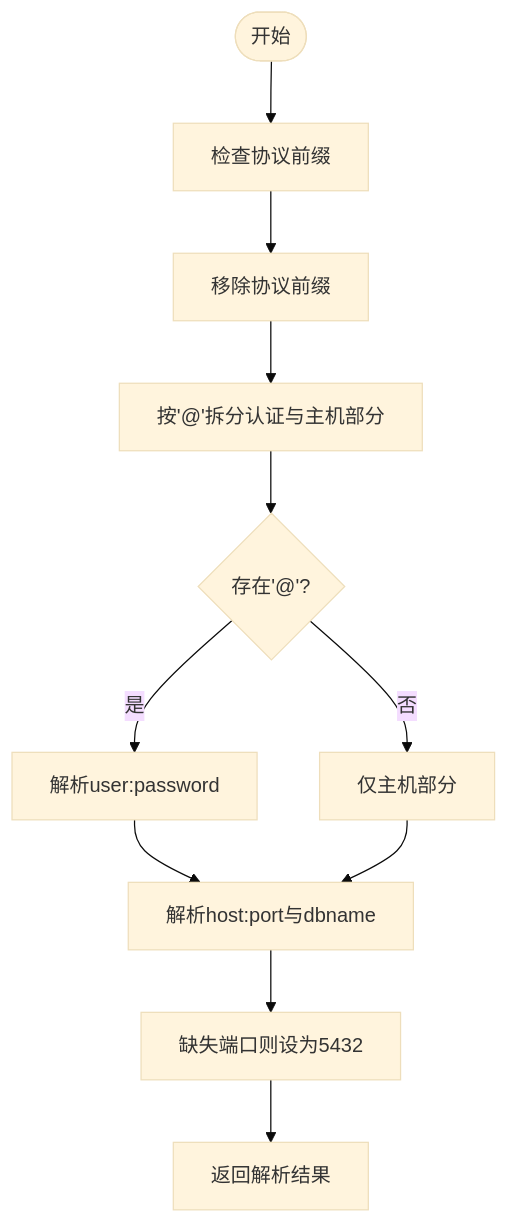
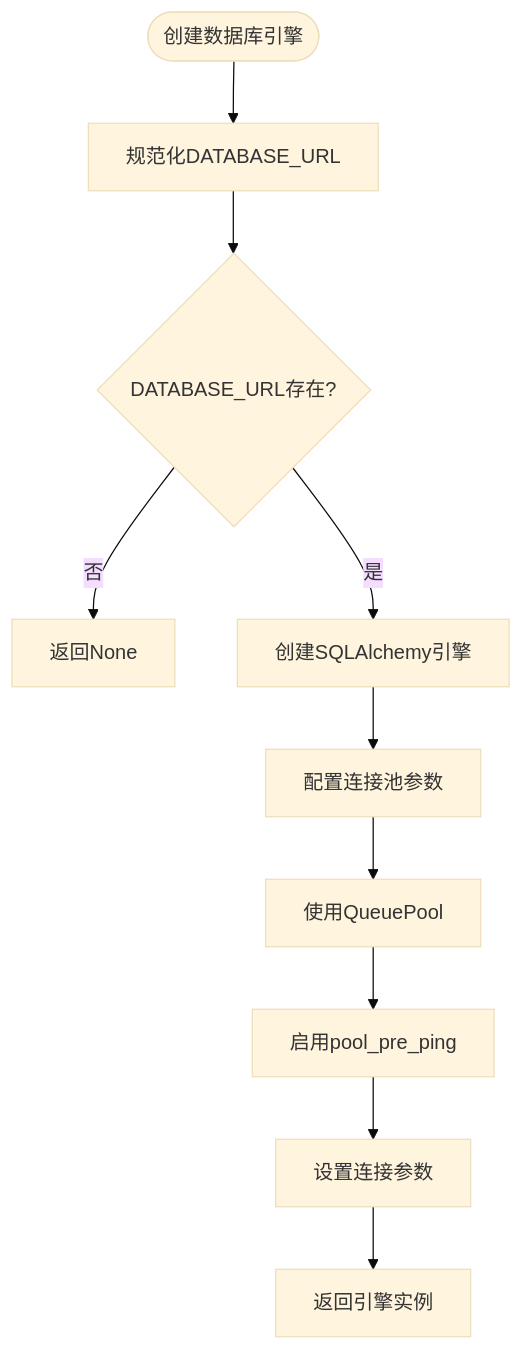
The third of 6 diagrams in .qoder/repowiki/zh/content/配置管理/数据库配置.md (joezxh/QuantDinger), drawn with Mermaid (base theme) before and after one commit. The commit also changed other lines of this file and 27 other files, not shown here.

````diff
--- a/.qoder/repowiki/zh/content/配置管理/数据库配置.md
+++ b/.qoder/repowiki/zh/content/配置管理/数据库配置.md
@@ -117,13 +138,12 @@
 ```mermaid
 flowchart TD
-Start(["开始"]) --> CheckProto["检查协议前缀"]
-CheckProto --> StripProto["移除协议前缀"]
-StripProto --> SplitAuth["按'@'拆分认证与主机部分"]
-SplitAuth --> HasAuth{"存在'@'?"}
-HasAuth --> |是| ParseAuth["解析user:password"]
-HasAuth --> |否| HostOnly["仅主机部分"]
-ParseAuth --> SplitHostPort["解析host:port与dbname"]
-HostOnly --> SplitHostPort
-SplitHostPort --> DefaultPort["缺失端口则设为5432"]
-DefaultPort --> Result["返回解析结果"]
+Start(["创建数据库引擎"]) --> Normalize["规范化DATABASE_URL"]
+Normalize --> CheckURL{"DATABASE_URL存在?"}
+CheckURL --> |否| ReturnNone["返回None"]
+CheckURL --> |是| CreateEngine["创建SQLAlchemy引擎"]
+CreateEngine --> ConfigPool["配置连接池参数"]
+ConfigPool --> QueuePool["使用QueuePool"]
+QueuePool --> PrePing["启用pool_pre_ping"]
+PrePing --> ConnectArgs["设置连接参数"]
+ConnectArgs --> Success["返回引擎实例"]
 ```
````
